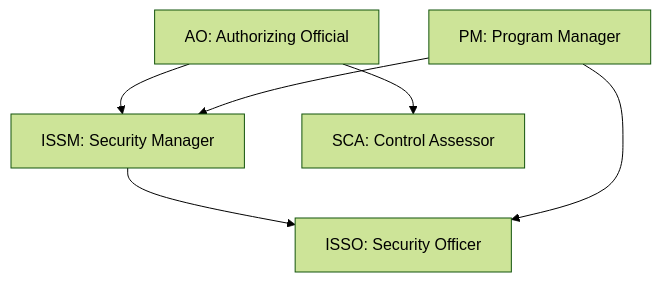
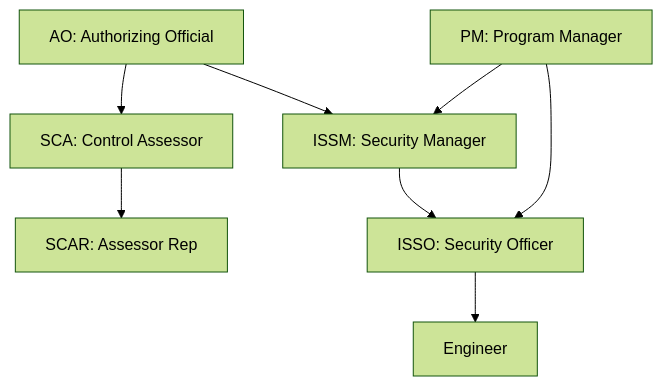
The first of 2 diagrams in rmf/roles-and-permissions.mdx (shebashio/docs), drawn with Mermaid (forest theme) before and after one commit. The commit also changed other lines of this file and 24 other files, not shown here.

First line of the commit message:
feat(docs): rebrand RMF to ezRMF with updated architecture and new pages

````diff
--- a/rmf/roles-and-permissions.mdx
+++ b/rmf/roles-and-permissions.mdx
@@ -21,8 +23,10 @@
 ```mermaid
 flowchart TB
     AO["AO: Authorizing Official"] --> ISSM["ISSM: Security Manager"]
     AO --> SCA["SCA: Control Assessor"]
+    SCA --> SCAR["SCAR: Assessor Rep"]
     ISSM --> ISSO["ISSO: Security Officer"]
     PM["PM: Program Manager"] --> ISSO
     PM --> ISSM
+    ISSO --> ENG["Engineer"]
 ```
````
